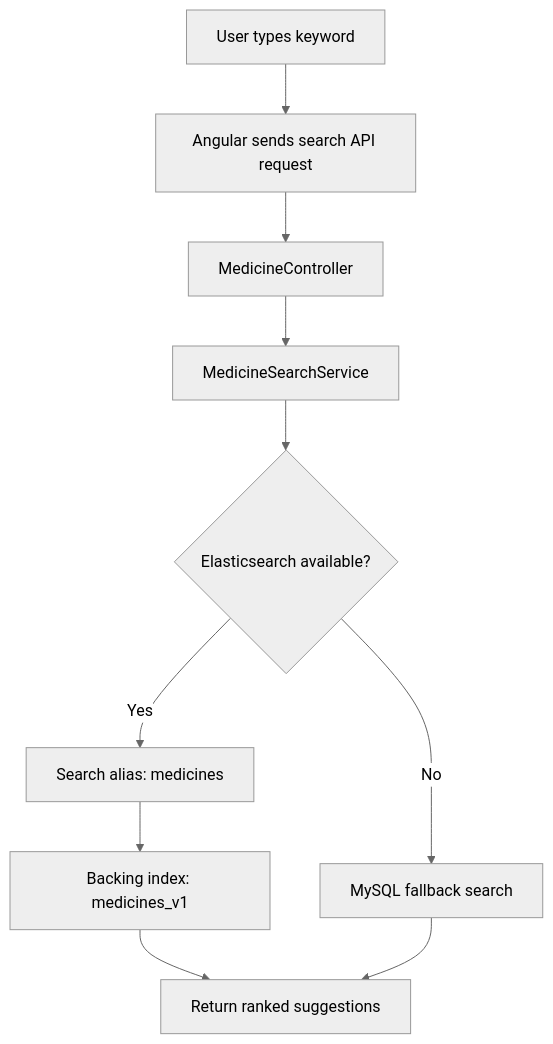
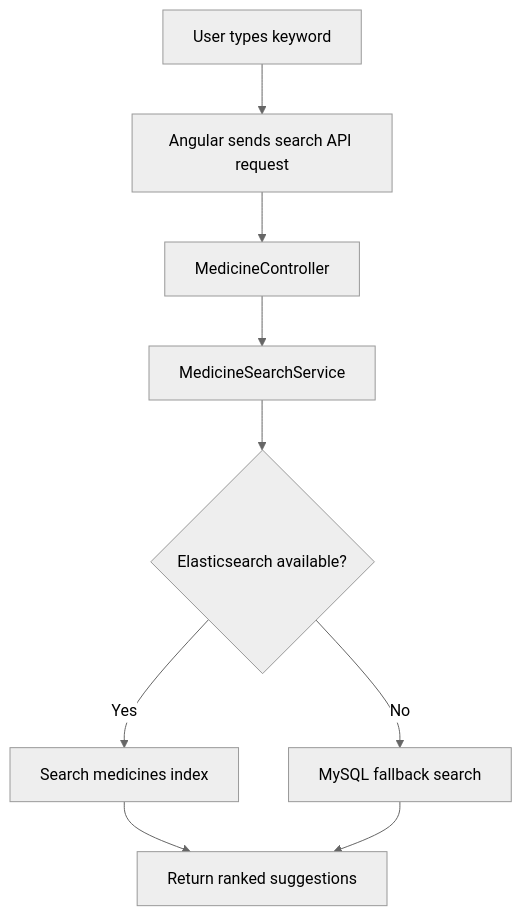
The fourth of 6 diagrams in README.md (viharchudasama-artemhealthtech/HMS-Elastic), drawn with Mermaid (neutral theme) before and after one commit. The commit also changed other lines of this file, not shown here.

````diff
--- a/README.md
+++ b/README.md
@@ -371,12 +328,11 @@
 ```mermaid
 flowchart TD
     A[User types keyword] --> B[Angular sends search API request]
     B --> C[MedicineController]
     C --> D[MedicineSearchService]
     D --> E{Elasticsearch available?}
-    E -->|Yes| F[Search alias: medicines]
-    F --> G[Backing index: medicines_v1]
-    G --> H[Return ranked suggestions]
+    E -->|Yes| F[Search medicines index]
+    F --> H[Return ranked suggestions]
     E -->|No| I[MySQL fallback search]
     I --> H
 ```
````
